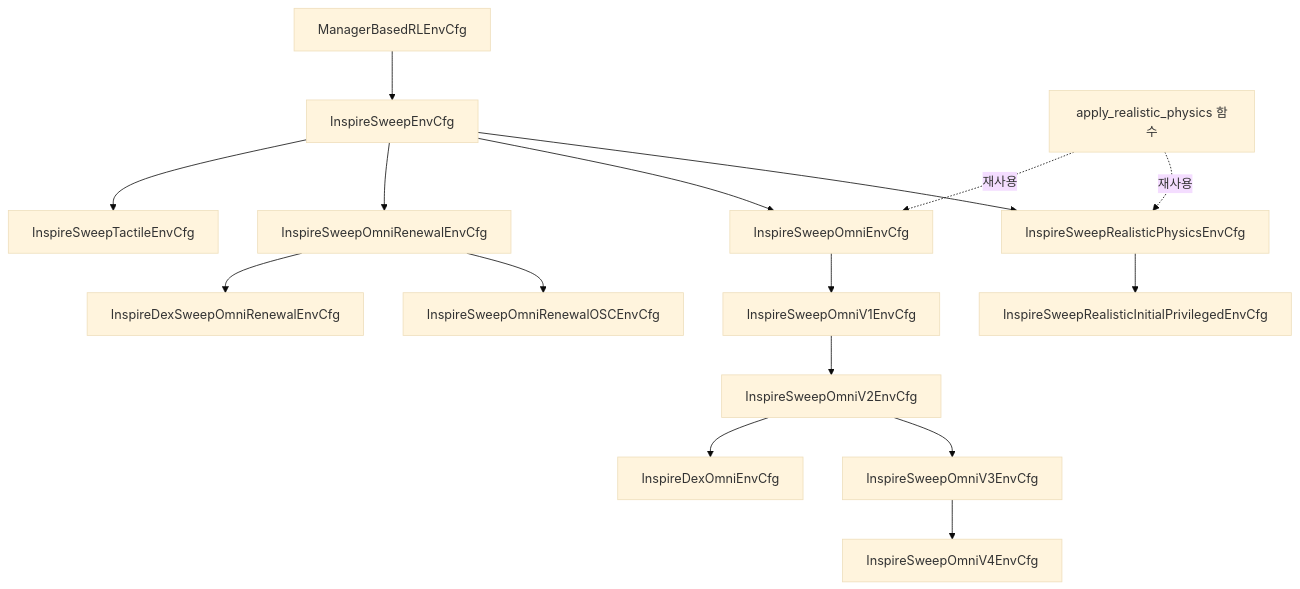
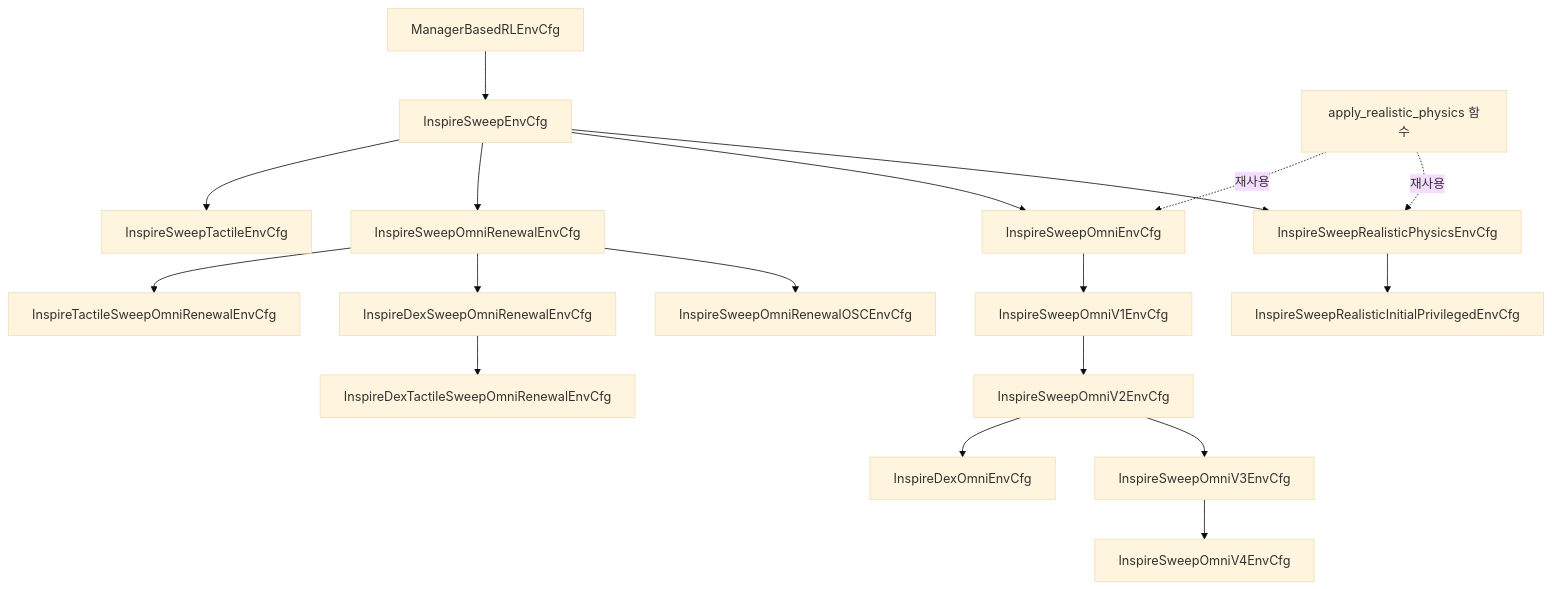
Before and after one commit to 7cmdehdrb/Contact-Rich-Manipulation-Context: the diagram in 02_implementation/08_ACTIVE_ENVIRONMENTS.md, drawn with Mermaid (base theme). The commit also changed other lines of this file and 6 other files, not shown here.

First line of the commit message:
Add Inspire Hand tactile validation package and update related documentation

````diff
--- a/02_implementation/08_ACTIVE_ENVIRONMENTS.md
+++ b/02_implementation/08_ACTIVE_ENVIRONMENTS.md
@@ -40,18 +42,20 @@
 ```mermaid
 flowchart TD
     Base[ManagerBasedRLEnvCfg] --> Baseline[InspireSweepEnvCfg]
     Baseline --> Realistic[InspireSweepRealisticPhysicsEnvCfg]
     Realistic --> Initial[InspireSweepRealisticInitialPrivilegedEnvCfg]
     Baseline --> Omni[InspireSweepOmniEnvCfg]
     Baseline --> Renewal[InspireSweepOmniRenewalEnvCfg]
     Renewal --> RenewalOSC[InspireSweepOmniRenewalOSCEnvCfg]
     Renewal --> DexRenewal[InspireDexSweepOmniRenewalEnvCfg]
+    Renewal --> TactileRenewal[InspireTactileSweepOmniRenewalEnvCfg]
+    DexRenewal --> DexTactileRenewal[InspireDexTactileSweepOmniRenewalEnvCfg]
     Baseline --> Tactile[InspireSweepTactileEnvCfg]
     Omni --> OmniV1[InspireSweepOmniV1EnvCfg]
     OmniV1 --> OmniV2[InspireSweepOmniV2EnvCfg]
     OmniV2 --> OmniV3[InspireSweepOmniV3EnvCfg]
     OmniV3 --> OmniV4[InspireSweepOmniV4EnvCfg]
     OmniV2 --> DexOmni[InspireDexOmniEnvCfg]
     Physics[apply_realistic_physics 함수] -. 재사용 .-> Realistic
     Physics -. 재사용 .-> Omni
 ```
````
